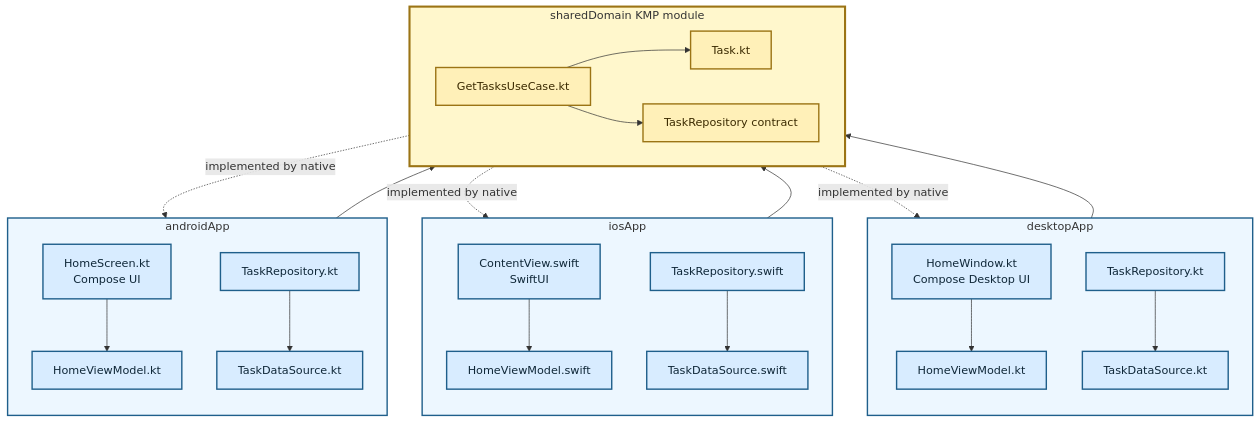
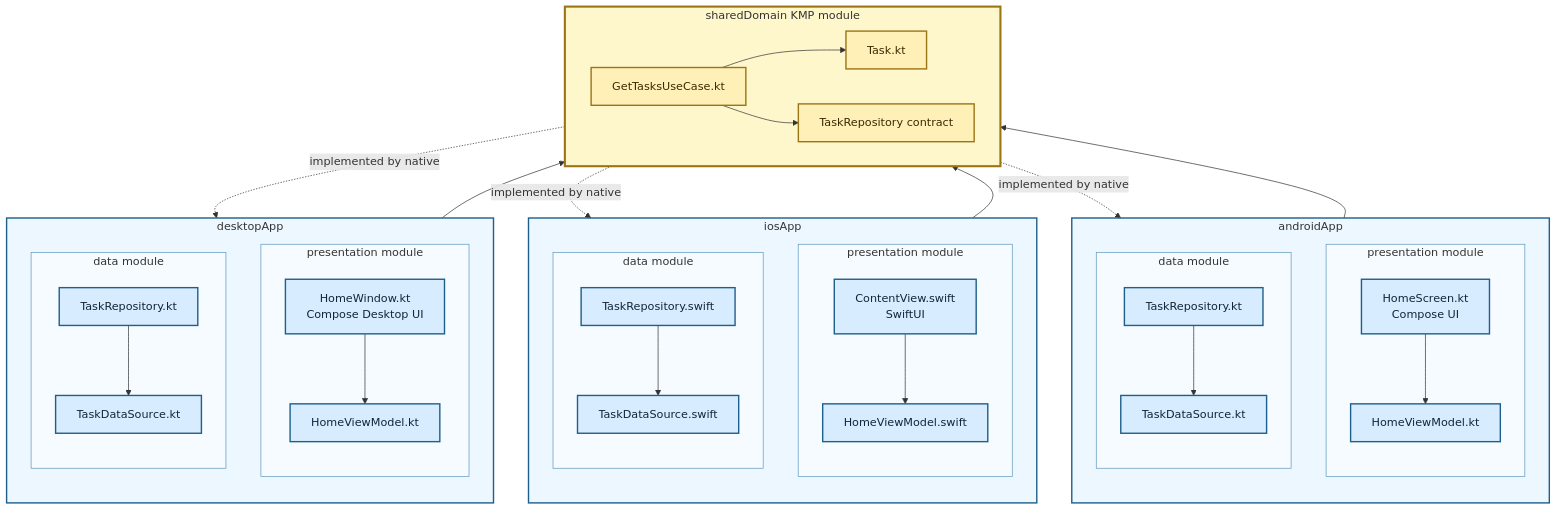
The diagram in diagrams/16-three-layer-kmp-domain.md (TheSetox/kmp-sample-diagrams), drawn with Mermaid before and after one commit. The commit also changed 3 other files, not shown here.

Commit message:
docs: indicate platform modules in three-layer diagrams

````diff
--- a/diagrams/16-three-layer-kmp-domain.md
+++ b/diagrams/16-three-layer-kmp-domain.md
@@ -5,57 +5,81 @@
 ```mermaid
 flowchart TB
-  subgraph Desktop["desktopApp"]
+  subgraph Android["androidApp"]
     direction TB
-    DUI["HomeWindow.kt\nCompose Desktop UI"]
-    DVM["HomeViewModel.kt"]
-    DRepository["TaskRepository.kt"]
-    DDataSource["TaskDataSource.kt"]
-    DUI --> DVM
-    DRepository --> DDataSource
+    subgraph APresentation["presentation module"]
+      direction TB
+      AUI["HomeScreen.kt\nCompose UI"]
+      AVM["HomeViewModel.kt"]
+      AUI --> AVM
+    end
+    subgraph AData["data module"]
+      direction TB
+      ARepository["TaskRepository.kt"]
+      ADataSource["TaskDataSource.kt"]
+      ARepository --> ADataSource
+    end
   end
 
   subgraph IOS["iosApp"]
     direction TB
-    IUI["ContentView.swift\nSwiftUI"]
-    IVM["HomeViewModel.swift"]
-    IRepository["TaskRepository.swift"]
-    IDataSource["TaskDataSource.swift"]
-    IUI --> IVM
-    IRepository --> IDataSource
+    subgraph IPresentation["presentation module"]
+      direction TB
+      IUI["ContentView.swift\nSwiftUI"]
+      IVM["HomeViewModel.swift"]
+      IUI --> IVM
+    end
+    subgraph IData["data module"]
+      direction TB
+      IRepository["TaskRepository.swift"]
+      IDataSource["TaskDataSource.swift"]
+      IRepository --> IDataSource
+    end
   end
 
-  subgraph Android["androidApp"]
+  subgraph Desktop["desktopApp"]
     direction TB
-    AUI["HomeScreen.kt\nCompose UI"]
-    AVM["HomeViewModel.kt"]
-    ARepository["TaskRepository.kt"]
-    ADataSource["TaskDataSource.kt"]
-    AUI --> AVM
-    ARepository --> ADataSource
+    subgraph DPresentation["presentation module"]
+      direction TB
+      DUI["HomeWindow.kt\nCompose Desktop UI"]
+      DVM["HomeViewModel.kt"]
+      DUI --> DVM
+    end
+    subgraph DData["data module"]
+      direction TB
+      DRepository["TaskRepository.kt"]
+      DDataSource["TaskDataSource.kt"]
+      DRepository --> DDataSource
+    end
   end
 
   subgraph KMP["sharedDomain KMP module"]
     direction LR
     UseCase["GetTasksUseCase.kt"]
     Entity["Task.kt"]
     RepositoryPort["TaskRepository contract"]
     UseCase --> Entity
     UseCase --> RepositoryPort
   end
 
   AVM --> UseCase
   IVM --> UseCase
   DVM --> UseCase
   RepositoryPort -. "implemented by native" .-> ARepository
   RepositoryPort -. "implemented by native" .-> IRepository
   RepositoryPort -. "implemented by native" .-> DRepository
 
   classDef app fill:#d8ecff,stroke:#1f5f8b,color:#0f2738,stroke-width:2px;
   classDef kmp fill:#fff0b8,stroke:#9b7415,color:#3b2a00,stroke-width:2px;
   class AUI,AVM,ARepository,ADataSource,IUI,IVM,IRepository,IDataSource,DUI,DVM,DRepository,DDataSource app;
   class UseCase,Entity,RepositoryPort kmp;
   style Android fill:#edf7ff,stroke:#1f5f8b,stroke-width:2px
   style IOS fill:#edf7ff,stroke:#1f5f8b,stroke-width:2px
   style Desktop fill:#edf7ff,stroke:#1f5f8b,stroke-width:2px
+  style APresentation fill:#f6fbff,stroke:#5f97bd,stroke-width:1px
+  style AData fill:#f6fbff,stroke:#5f97bd,stroke-width:1px
+  style IPresentation fill:#f6fbff,stroke:#5f97bd,stroke-width:1px
+  style IData fill:#f6fbff,stroke:#5f97bd,stroke-width:1px
+  style DPresentation fill:#f6fbff,stroke:#5f97bd,stroke-width:1px
+  style DData fill:#f6fbff,stroke:#5f97bd,stroke-width:1px
   style KMP fill:#fff7cc,stroke:#9b7415,stroke-width:3px
 ```
````
